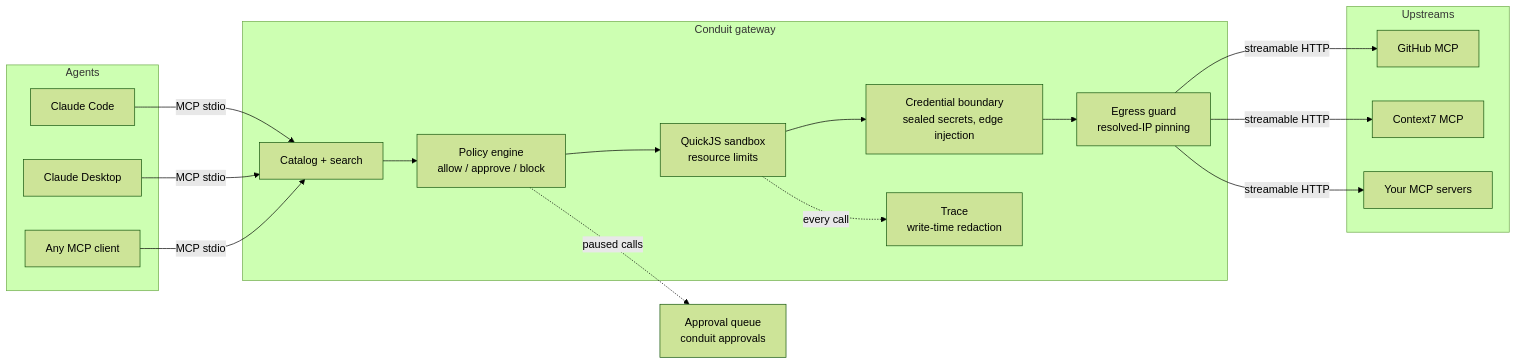
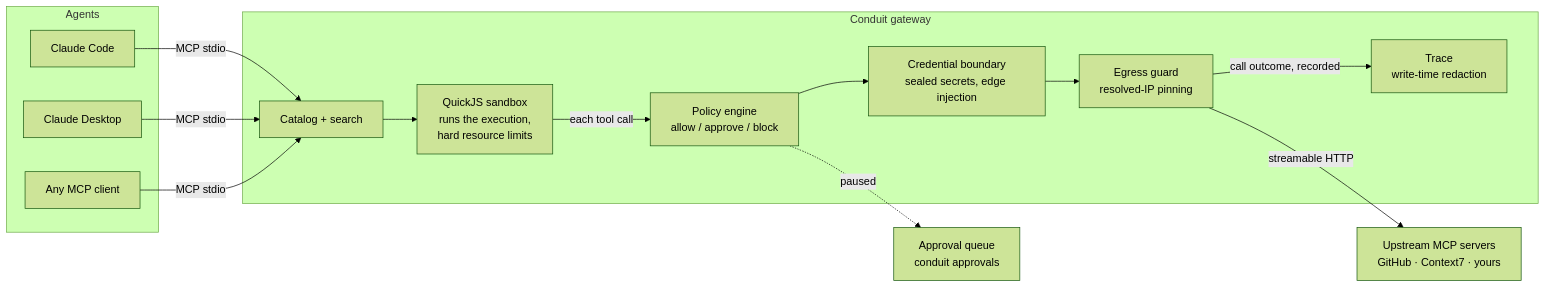
The diagram in README.md (nischal94/conduit-HQ), drawn with Mermaid (forest theme) before and after one commit. The commit also changed other lines of this file, not shown here.

Commit message:
docs: README review fixes — accurate sandbox/trace diagram, aggregate add-mcp counts, shell-safe placeholders, dated live-verification claim

````diff
--- a/README.md
+++ b/README.md
@@ -34,24 +34,21 @@
 ```mermaid
 flowchart LR
     subgraph Agents
         A1[Claude Code]
         A2[Claude Desktop]
         A3[Any MCP client]
     end
     subgraph Conduit[Conduit gateway]
         C[Catalog + search]
+        S[QuickJS sandbox<br/>runs the execution,<br/>hard resource limits]
         P[Policy engine<br/>allow / approve / block]
-        S[QuickJS sandbox<br/>resource limits]
         B[Credential boundary<br/>sealed secrets, edge injection]
         E[Egress guard<br/>resolved-IP pinning]
         T[Trace<br/>write-time redaction]
     end
-    subgraph Upstreams
-        U1[GitHub MCP]
-        U2[Context7 MCP]
-        U3[Your MCP servers]
-    end
-    A1 & A2 & A3 -->|MCP stdio| C --> P --> S --> B --> E -->|streamable HTTP| U1 & U2 & U3
-    P -.paused calls.-> Q[Approval queue<br/>conduit approvals]
-    S -.every call.-> T
+    A1 & A2 & A3 -->|MCP stdio| C
+    C --> S
+    S -->|each tool call| P --> B --> E -->|streamable HTTP| U[Upstream MCP servers<br/>GitHub · Context7 · yours]
+    P -.paused.-> Q[Approval queue<br/>conduit approvals]
+    E -->|call outcome, recorded| T
 ```
````
